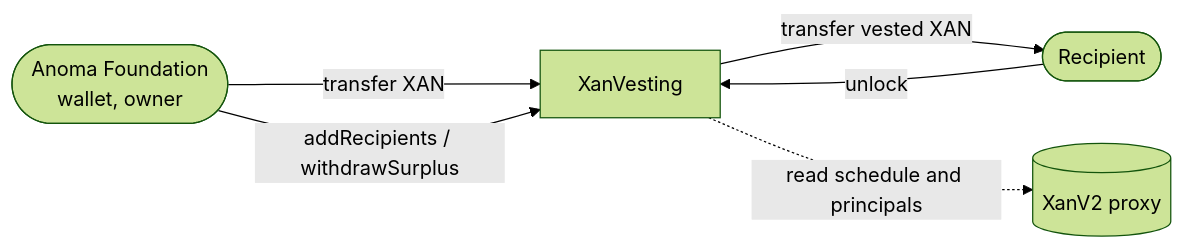
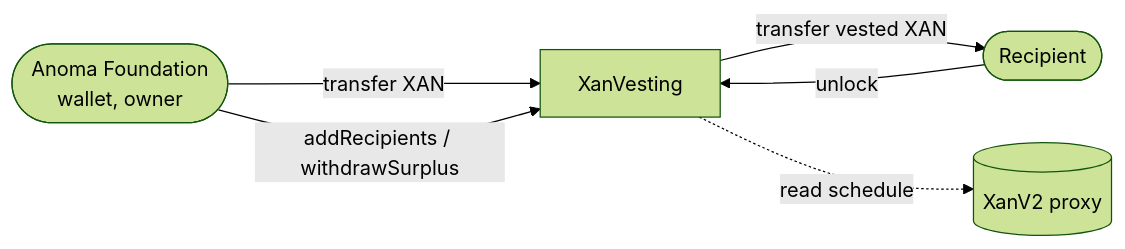
One commit to anoma/token changed the diagram in docs/03-XanVesting.md. Above: the diagram before and after it, drawn with Mermaid (forest theme). The commit also changed other lines of this file and 8 other files, not shown here.

Commit message:
feat: allow XanVesting recipients that also vest in the token

````diff
--- a/docs/03-XanVesting.md
+++ b/docs/03-XanVesting.md
@@ -15,13 +15,13 @@
 ```mermaid
 flowchart LR
     foundation([Anoma Foundation<br/>wallet, owner])
     recipient([Recipient])
     vesting[XanVesting]
     token[(XanV2 proxy)]
 
     foundation -->|transfer XAN| vesting
     foundation -->|addRecipients / withdrawSurplus| vesting
     recipient -->|unlock| vesting
     vesting -->|transfer vested XAN| recipient
-    vesting -.->|read schedule and principals| token
+    vesting -.->|read schedule| token
 ```
````
